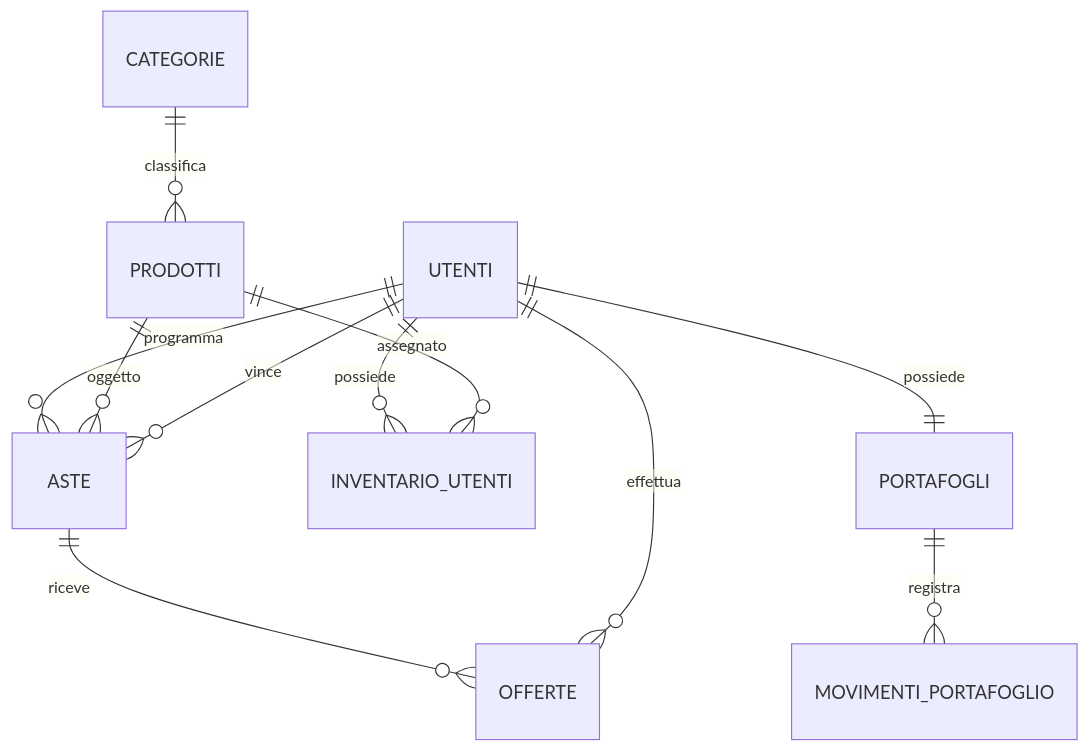
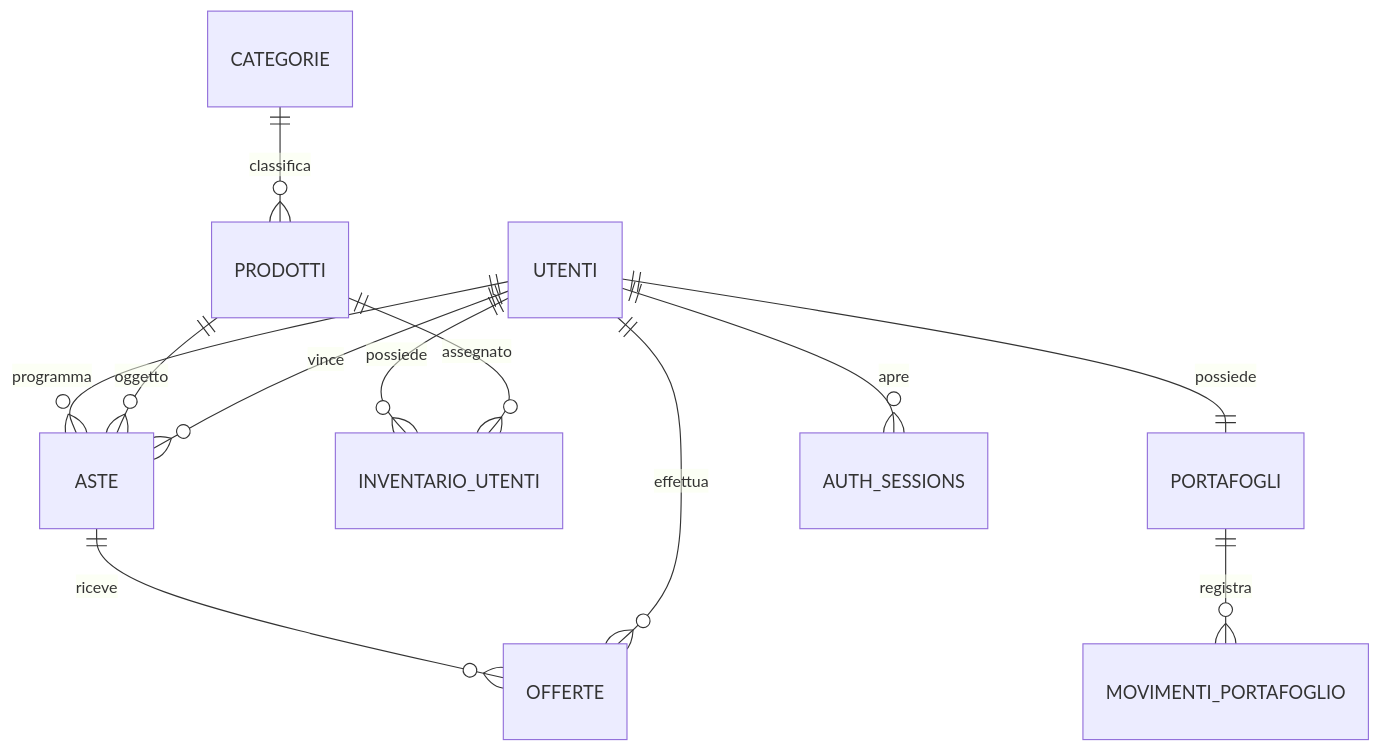
The diagram in docs/03-database.md (MatteoCharrierITS/Java-esercitazione-spring-api), drawn with Mermaid before and after one commit. The commit also changed other lines of this file and 13 other files, not shown here.

Commit message:
Split Flyway schema into per-table migrations without demo data

````diff
--- a/docs/03-database.md
+++ b/docs/03-database.md
@@ -17,13 +17,14 @@
 ```mermaid
 erDiagram
     UTENTI ||--|| PORTAFOGLI : possiede
     PORTAFOGLI ||--o{ MOVIMENTI_PORTAFOGLIO : registra
     UTENTI ||--o{ INVENTARIO_UTENTI : possiede
     PRODOTTI ||--o{ INVENTARIO_UTENTI : assegnato
     CATEGORIE ||--o{ PRODOTTI : classifica
     UTENTI ||--o{ ASTE : programma
     PRODOTTI ||--o{ ASTE : oggetto
     ASTE ||--o{ OFFERTE : riceve
     UTENTI ||--o{ OFFERTE : effettua
     UTENTI ||--o{ ASTE : vince
+    UTENTI ||--o{ AUTH_SESSIONS : apre
 ```
````
